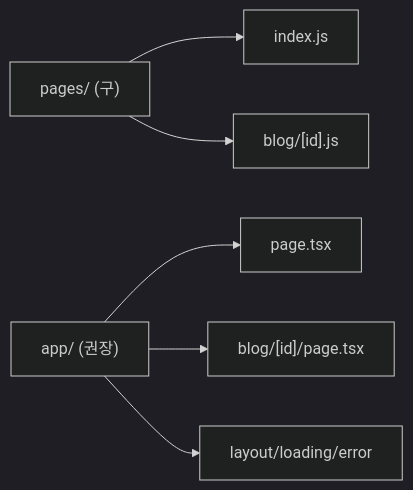
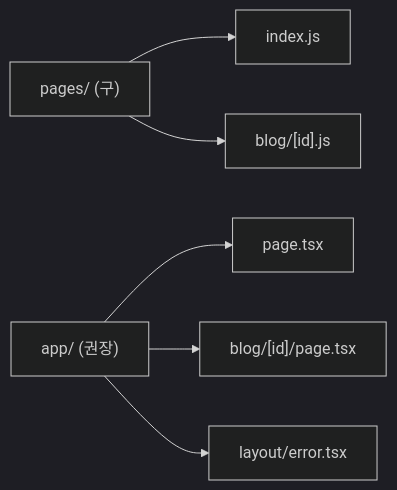
The second of 6 diagrams in _posts/frontend/2026-05-02-nextjs-fundamentals.md (yjkim2015/yjkim2015.github.io), drawn with Mermaid (dark theme) before and after one commit. The commit also changed other lines of this file and 245 other files, not shown here.

First line of the commit message:
Mermaid 다이어그램 전면 수정 + 면접 포인트 접기/펼치기 + DB 데드락 페이지

````diff
--- a/_posts/frontend/2026-05-02-nextjs-fundamentals.md
+++ b/_posts/frontend/2026-05-02-nextjs-fundamentals.md
@@ -48,8 +48,8 @@
 ```mermaid
 graph LR
     PR["pages/ (구)"] --> PI["index.js"]
     PR --> PB["blog/[id].js"]
     AR["app/ (권장)"] --> AI["page.tsx"]
     AR --> AB["blog/[id]/page.tsx"]
-    AR --> ARO["layout/loading/error"]
+    AR --> ARO["layout/error.tsx"]
 ```
````
